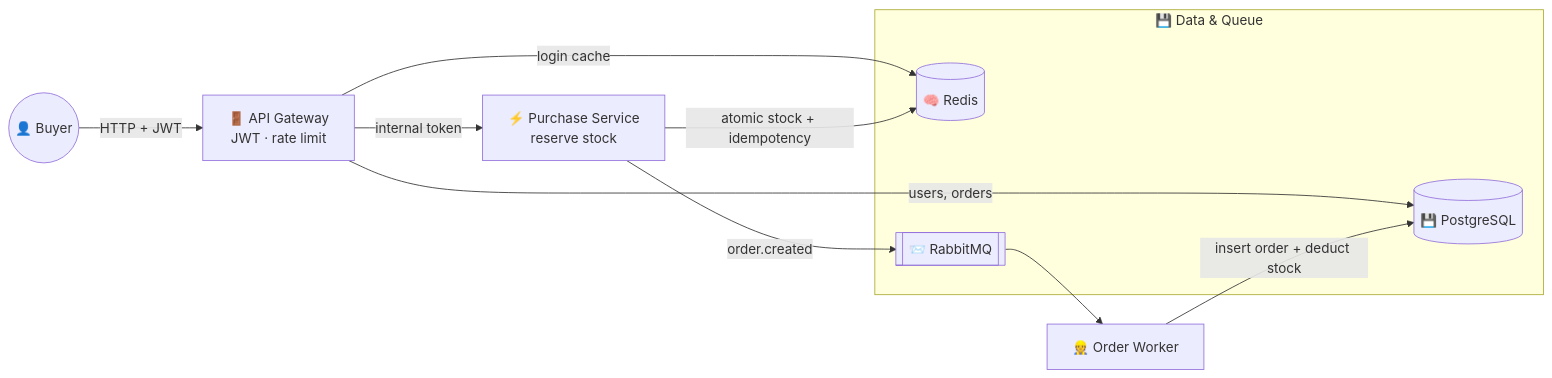
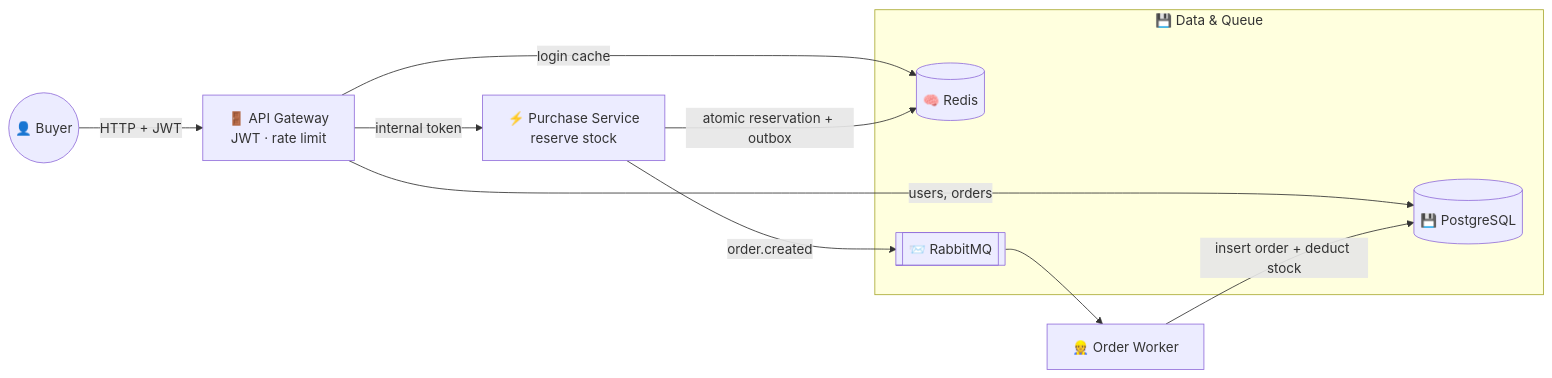
One commit to albert4183r7/Flash-Sale-Engine changed the first of 2 diagrams in README.md. Above: the diagram before and after it, drawn with Mermaid. The commit also changed other lines of this file and 21 other files, not shown here.

First line of the commit message:
feat: atomic reservation with outbox, idempotent retries, pending orders

````diff
--- a/README.md
+++ b/README.md
@@ -63,22 +63,22 @@
 ```mermaid
 graph LR
     User((👤 Buyer))
     AG[🚪 API Gateway<br/>JWT · rate limit]
     PS[⚡ Purchase Service<br/>reserve stock]
     W[👷 Order Worker]
 
     subgraph Data [💾 Data & Queue]
         R[(🧠 Redis)]
         MQ[[📨 RabbitMQ]]
         DB[(💾 PostgreSQL)]
     end
 
     User -->|HTTP + JWT| AG
     AG -->|login cache| R
     AG -->|users, orders| DB
     AG -->|internal token| PS
-    PS -->|atomic stock + idempotency| R
+    PS -->|atomic reservation + outbox| R
     PS -->|order.created| MQ
     MQ --> W
     W -->|insert order + deduct stock| DB
 ```
````
